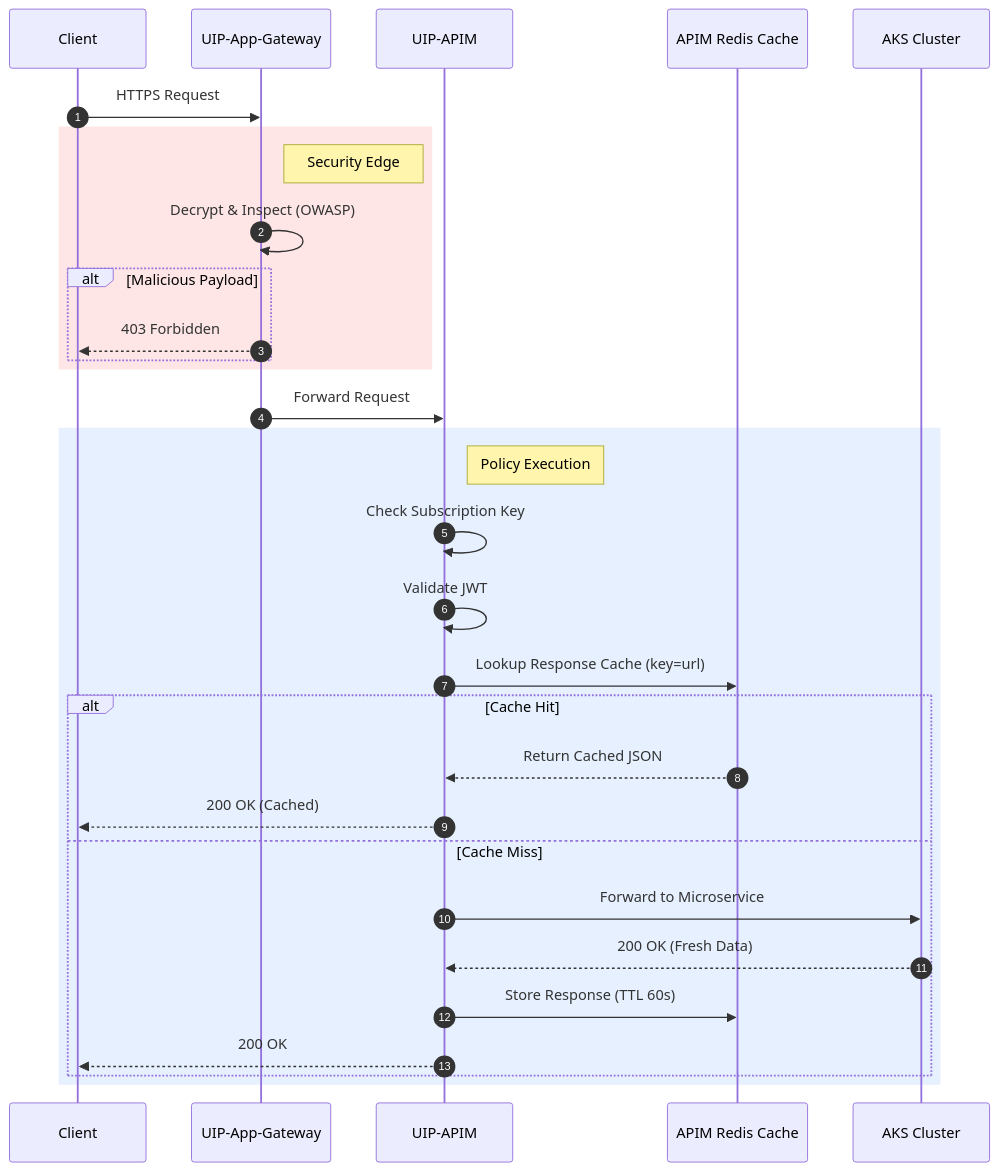
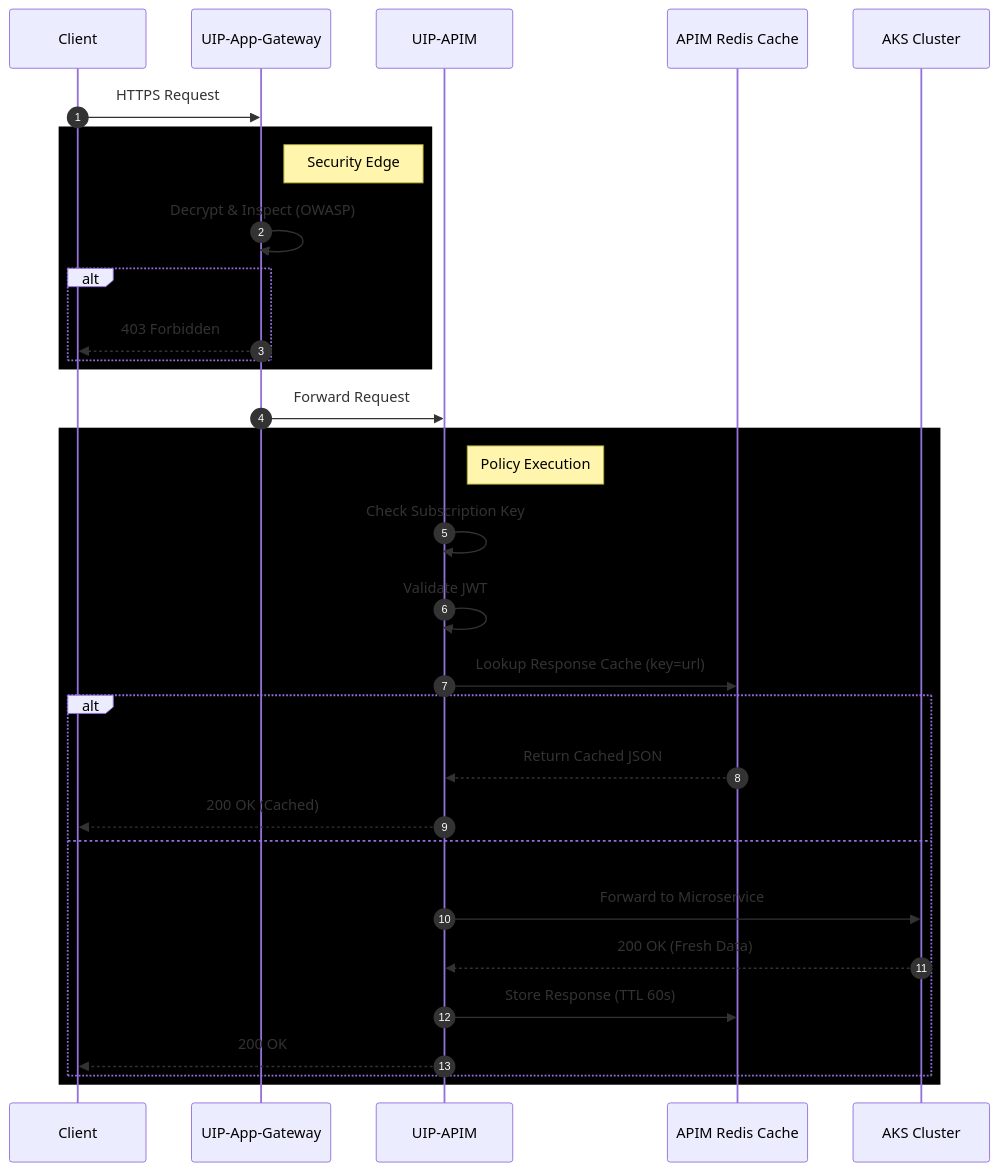
Before and after one commit to shashiguru/uip-architecture-assignment: the fourth of 12 diagrams in ARCHITECTURE_DEEP_DIVE.md, drawn with Mermaid. The commit also changed other lines of this file and 3 other files, not shown here.

First line of the commit message:
Refactor architecture documentation to enhance clarity and detail

````diff
--- a/ARCHITECTURE_DEEP_DIVE.md
+++ b/ARCHITECTURE_DEEP_DIVE.md
@@ -125,37 +125,37 @@
 ```mermaid
 sequenceDiagram
     autonumber
     participant Client
     participant WAF as UIP-App-Gateway
     participant APIM as UIP-APIM
     participant Cache as APIM Redis Cache
     participant Backend as AKS Cluster
 
     Client->>WAF: HTTPS Request
     
-    rect rgb(255, 230, 230)
+    rect rgb(0, 0, 0)
         Note right of WAF: Security Edge
         WAF->>WAF: Decrypt & Inspect (OWASP)
         alt Malicious Payload
             WAF-->>Client: 403 Forbidden
         end
     end
 
     WAF->>APIM: Forward Request
     
-    rect rgb(230, 240, 255)
+    rect rgb(0, 0, 0)
         Note right of APIM: Policy Execution
         APIM->>APIM: Check Subscription Key
         APIM->>APIM: Validate JWT
         APIM->>Cache: Lookup Response Cache (key=url)
         alt Cache Hit
             Cache-->>APIM: Return Cached JSON
             APIM-->>Client: 200 OK (Cached)
         else Cache Miss
             APIM->>Backend: Forward to Microservice
             Backend-->>APIM: 200 OK (Fresh Data)
             APIM->>Cache: Store Response (TTL 60s)
             APIM-->>Client: 200 OK
         end
     end
 ```
````
